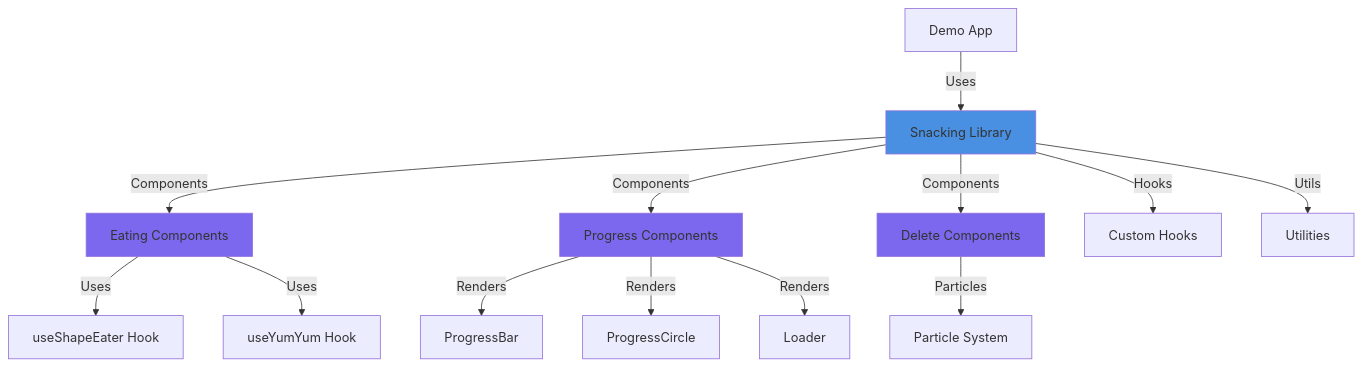
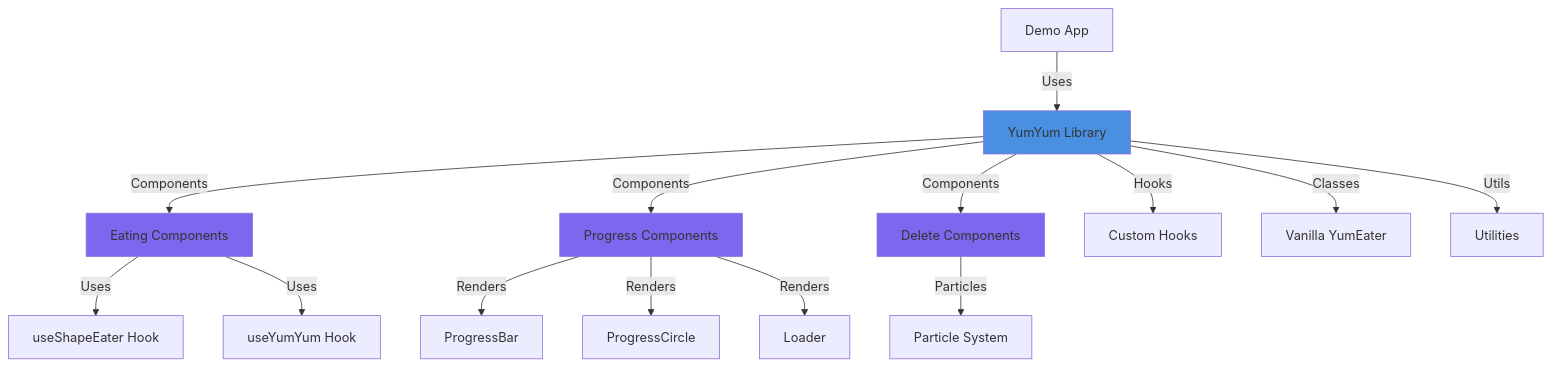
The first of 2 diagrams in docs/README.md (zachshallbetter/snacking), drawn with Mermaid before and after one commit. The commit also changed other lines of this file and 8 other files, not shown here.

````diff
--- a/docs/README.md
+++ b/docs/README.md
@@ -20,24 +22,25 @@
 ```mermaid
 graph TB
-    App[Demo App] -->|Uses| Library[Snacking Library]
+    App[Demo App] -->|Uses| Library[YumYum Library]
     
     Library -->|Components| Eating[Eating Components]
     Library -->|Components| Progress[Progress Components]
     Library -->|Components| Delete[Delete Components]
     Library -->|Hooks| Hooks[Custom Hooks]
+    Library -->|Classes| Vanilla[Vanilla YumEater]
     Library -->|Utils| Utils[Utilities]
     
     Eating -->|Uses| ShapeEater[useShapeEater Hook]
     Eating -->|Uses| YumYum[useYumYum Hook]
     
     Progress -->|Renders| Bar[ProgressBar]
     Progress -->|Renders| Circle[ProgressCircle]
     Progress -->|Renders| Loader[Loader]
     
     Delete -->|Particles| Particles[Particle System]
     
     style Library fill:#4a90e2
     style Eating fill:#7b68ee
     style Progress fill:#7b68ee
     style Delete fill:#7b68ee
 ```
````
